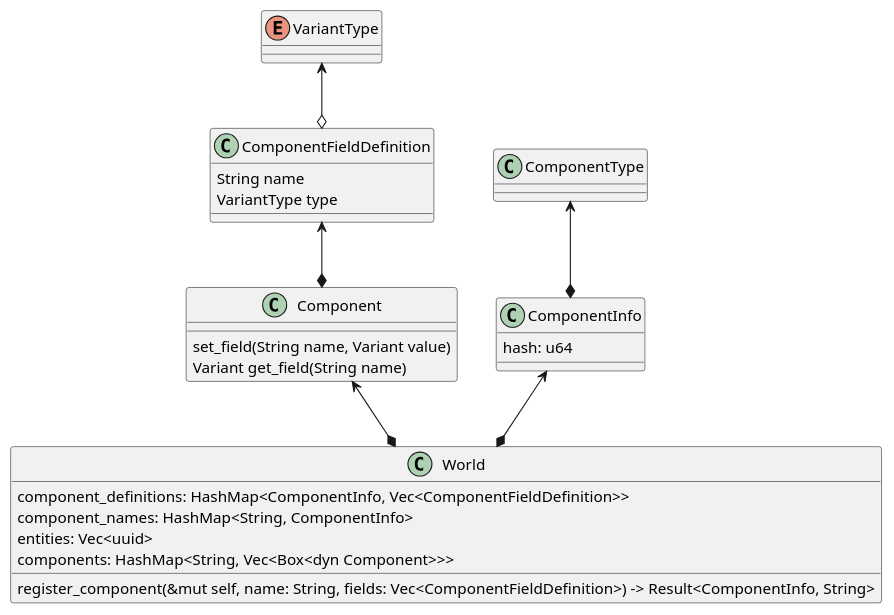
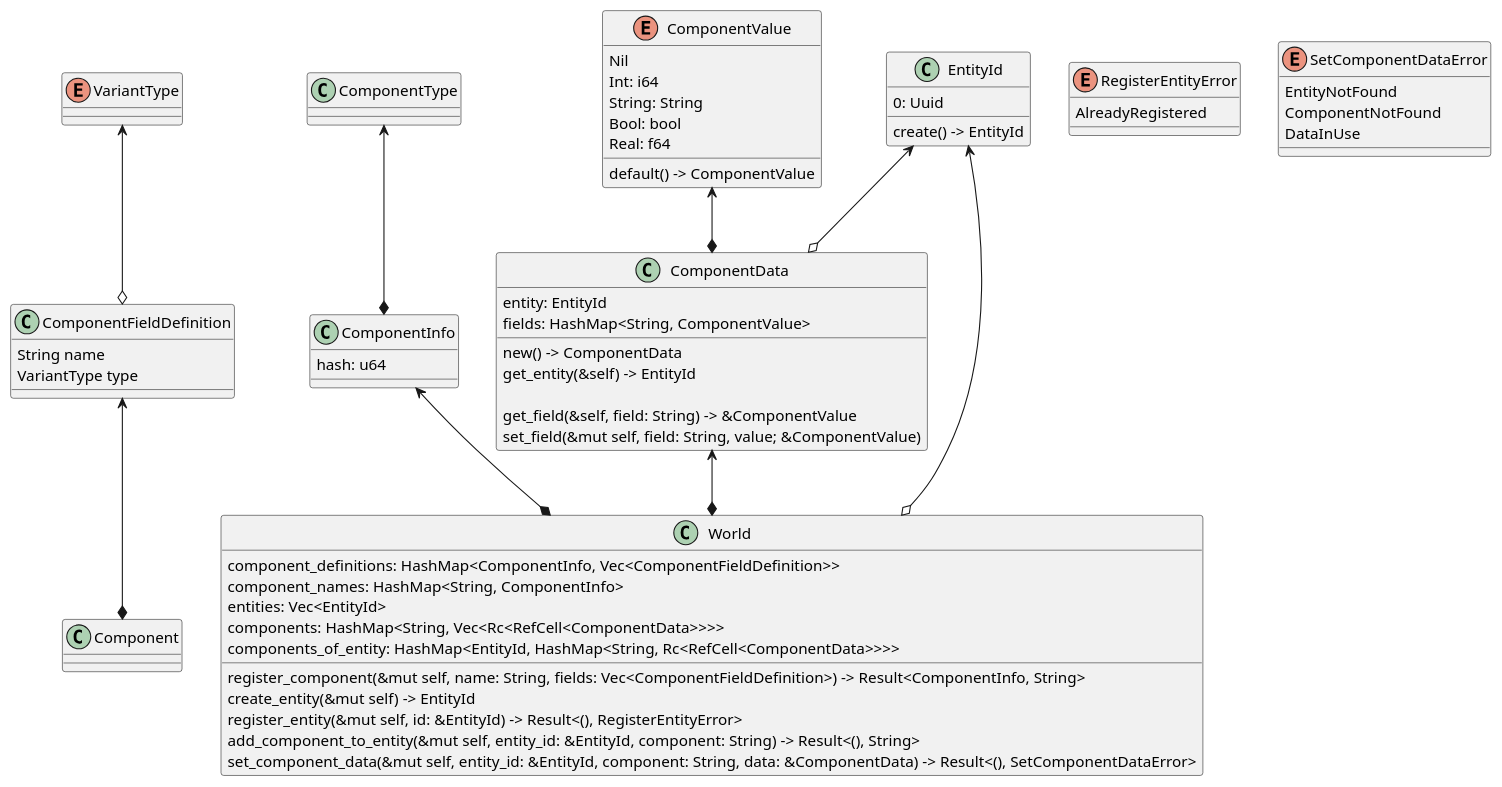
One commit to Beliar83/godot-component-system changed the diagram in model/ClassDiagram.puml. Above: the diagram before and after it, drawn with PlantUML. The commit also changed 6 other files, not shown here.

Commit message:
Small refinements Add methods to standardize creating an EntityId Take EntityId for registering an entity Adjust model Add component_value_from_variant

```diff
--- a/model/ClassDiagram.puml
+++ b/model/ClassDiagram.puml
@@ -1,35 +1,75 @@
 @startuml
 'https://plantuml.com/class-diagram
 
 VariantType <--o ComponentFieldDefinition
 ComponentFieldDefinition <--* Component
-Component <--* World
 ComponentType <--* ComponentInfo
 ComponentInfo <--* World
+ComponentValue <--* ComponentData
+ComponentData <--* World
+EntityId <--o ComponentData
+EntityId <--o World
 
 enum VariantType
 
 class ComponentFieldDefinition {
     String name
     VariantType type
 }
 
-class Component {
-    set_field(String name, Variant value)
-    Variant get_field(String name)
+class ComponentInfo {
+    hash: u64
 }
 
-class ComponentInfo {
-    hash: u64
+class ComponentData {
+    entity: EntityId
+    fields: HashMap<String, ComponentValue>
+
+    new() -> ComponentData
+    get_entity(&self) -> EntityId
+
+    get_field(&self, field: String) -> &ComponentValue
+    set_field(&mut self, field: String, value; &ComponentValue)
+}
+
+enum ComponentValue {
+    Nil
+    Int: i64
+    String: String
+    Bool: bool
+    Real: f64
+
+    default() -> ComponentValue
+}
+
+class EntityId {
+    0: Uuid
+
+    create() -> EntityId
+}
+
+enum RegisterEntityError {
+    AlreadyRegistered
+}
+
+enum SetComponentDataError {
+    EntityNotFound
+    ComponentNotFound
+    DataInUse
 }
 
 class World {
     component_definitions: HashMap<ComponentInfo, Vec<ComponentFieldDefinition>>
     component_names: HashMap<String, ComponentInfo>
-    entities: Vec<uuid>
-    components: HashMap<String, Vec<Box<dyn Component>>>
+    entities: Vec<EntityId>
+    components: HashMap<String, Vec<Rc<RefCell<ComponentData>>>>
+    components_of_entity: HashMap<EntityId, HashMap<String, Rc<RefCell<ComponentData>>>>
 
     register_component(&mut self, name: String, fields: Vec<ComponentFieldDefinition>) -> Result<ComponentInfo, String>
+    create_entity(&mut self) -> EntityId
+    register_entity(&mut self, id: &EntityId) -> Result<(), RegisterEntityError>
+    add_component_to_entity(&mut self, entity_id: &EntityId, component: String) -> Result<(), String>
+    set_component_data(&mut self, entity_id: &EntityId, component: String, data: &ComponentData) -> Result<(), SetComponentDataError>
 }
 
 @enduml
```
